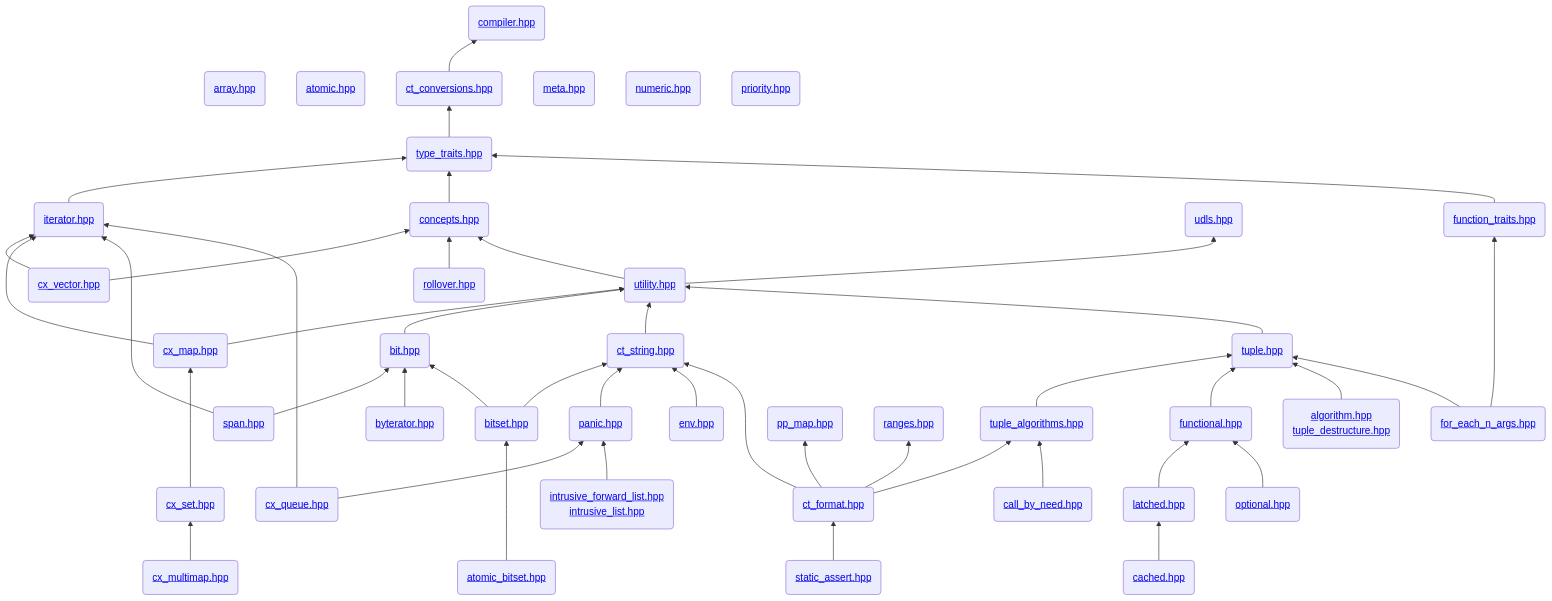
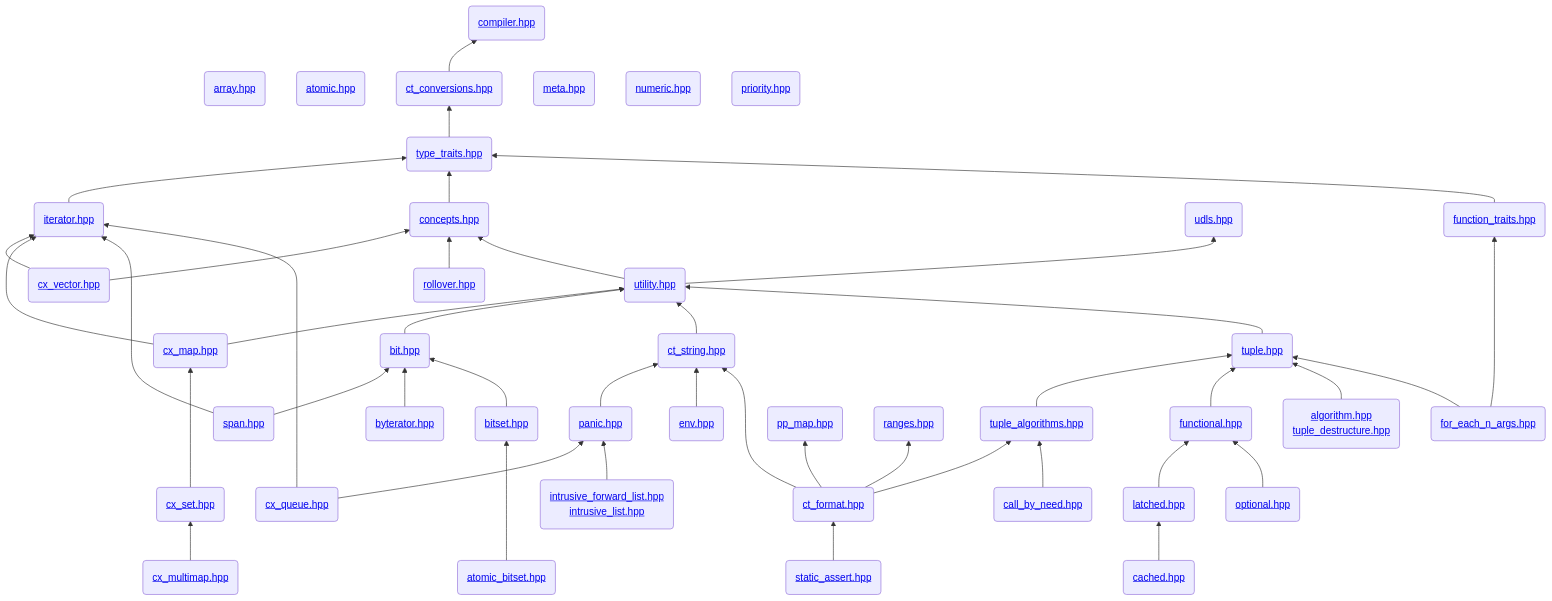
One commit to intel/cpp-std-extensions changed the diagram in docs/header_graph.mmd. Above: the diagram before and after it, drawn with Mermaid. The commit also changed 2 other files, not shown here.

Commit message:
:fire: Remove `bitset` constructor from `string_view`
Problem:
- `bitset` construction from a `string_view` uses `substr` which may throw, and
  it's a really niche use case anyway.

Solution:
- Remove it.

```diff
--- a/docs/header_graph.mmd
+++ b/docs/header_graph.mmd
@@ -1,107 +1,106 @@
 flowchart BT
   %% level 0
   compiler(<a href="https://github.com/intel/cpp-std-extensions/tree/main/include/stdx/compiler.hpp">compiler.hpp</a>)
 
   %% level 1
   array(<a href="https://github.com/intel/cpp-std-extensions/tree/main/include/stdx/array.hpp">array.hpp</a>)
   atomic(<a href="https://github.com/intel/cpp-std-extensions/tree/main/include/stdx/atomic.hpp">atomic.hpp</a>)
   ct_conversions(<a href="https://github.com/intel/cpp-std-extensions/tree/main/include/stdx/ct_conversions.hpp">ct_conversions.hpp</a>)
   meta(<a href="https://github.com/intel/cpp-std-extensions/tree/main/include/stdx/meta.hpp">meta.hpp</a>)
   numeric(<a href="https://github.com/intel/cpp-std-extensions/tree/main/include/stdx/numeric.hpp">numeric.hpp</a>)
   priority(<a href="https://github.com/intel/cpp-std-extensions/tree/main/include/stdx/priority.hpp">priority.hpp</a>)
   array ~~~ compiler
   atomic ~~~ compiler
   ct_conversions --> compiler
   meta ~~~ compiler
   numeric ~~~ compiler
   priority ~~~ compiler
 
   %% level 2
   type_traits(<a href="https://github.com/intel/cpp-std-extensions/tree/main/include/stdx/type_traits.hpp">type_traits.hpp</a>)
   type_traits --> ct_conversions
 
   %% level 3
   iterator(<a href="https://github.com/intel/cpp-std-extensions/tree/main/include/stdx/iterator.hpp">iterator.hpp</a>)
   concepts(<a href="https://github.com/intel/cpp-std-extensions/tree/main/include/stdx/concepts.hpp">concepts.hpp</a>)
   udls(<a href="https://github.com/intel/cpp-std-extensions/tree/main/include/stdx/udls.hpp">udls.hpp</a>)
   function_traits(<a href="https://github.com/intel/cpp-std-extensions/tree/main/include/stdx/function_traits.hpp">function_traits.hpp</a>)
   iterator --> type_traits
   concepts --> type_traits
   function_traits --> type_traits
 
   %% level 4
   cx_vector(<a href="https://github.com/intel/cpp-std-extensions/tree/main/include/stdx/cx_vector.hpp">cx_vector.hpp</a>)
   rollover(<a href="https://github.com/intel/cpp-std-extensions/tree/main/include/stdx/rollover.hpp">rollover.hpp</a>)
   utility(<a href="https://github.com/intel/cpp-std-extensions/tree/main/include/stdx/utility.hpp">utility.hpp</a>)
   cx_vector --> iterator
   cx_vector --> concepts
   rollover --> concepts
   utility --> concepts
   utility --> udls
 
   %% level 5
   cx_map(<a href="https://github.com/intel/cpp-std-extensions/tree/main/include/stdx/cx_map.hpp">cx_map.hpp</a>)
   bit(<a href="https://github.com/intel/cpp-std-extensions/tree/main/include/stdx/bit.hpp">bit.hpp</a>)
   ct_string(<a href="https://github.com/intel/cpp-std-extensions/tree/main/include/stdx/ct_string.hpp">ct_string.hpp</a>)
   tuple(<a href="https://github.com/intel/cpp-std-extensions/tree/main/include/stdx/tuple.hpp">tuple.hpp</a>)
   cx_map ---> iterator
   cx_map --> utility
   bit --> utility
   ct_string --> utility
   tuple --> utility
 
   %% level 6
   span(<a href="https://github.com/intel/cpp-std-extensions/tree/main/include/stdx/span.hpp">span.hpp</a>)
   byterator(<a href="https://github.com/intel/cpp-std-extensions/tree/main/include/stdx/byterator.hpp">byterator.hpp</a>)
   cx_set(<a href="https://github.com/intel/cpp-std-extensions/tree/main/include/stdx/cx_set.hpp">cx_set.hpp</a>)
   bitset(<a href="https://github.com/intel/cpp-std-extensions/tree/main/include/stdx/bitset.hpp">bitset.hpp</a>)
   panic(<a href="https://github.com/intel/cpp-std-extensions/tree/main/include/stdx/panic.hpp">panic.hpp</a>)
   env(<a href="https://github.com/intel/cpp-std-extensions/tree/main/include/stdx/env.hpp">env.hpp</a>)
   functional(<a href="https://github.com/intel/cpp-std-extensions/tree/main/include/stdx/functional.hpp">functional.hpp</a>)
   C(<a href="https://github.com/intel/cpp-std-extensions/tree/main/include/stdx/algorithm.hpp">algorithm.hpp</a><br><a href="https://github.com/intel/cpp-std-extensions/tree/main/include/stdx/tuple_destructure.hpp">tuple_destructure.hpp</a>)
   for_each_n_args(<a href="https://github.com/intel/cpp-std-extensions/tree/main/include/stdx/for_each_n_args.hpp">for_each_n_args.hpp</a>)
 
   %% level 7
   cx_multimap(<a href="https://github.com/intel/cpp-std-extensions/tree/main/include/stdx/cx_multimap.hpp">cx_multimap.hpp</a>)
   cx_queue(<a href="https://github.com/intel/cpp-std-extensions/tree/main/include/stdx/cx_queue.hpp">cx_queue.hpp</a>)
   atomic_bitset(<a href="https://github.com/intel/cpp-std-extensions/tree/main/include/stdx/atomic_bitset.hpp">atomic_bitset.hpp</a>)
   B(<a href="https://github.com/intel/cpp-std-extensions/tree/main/include/stdx/intrusive_forward_list.hpp">intrusive_forward_list.hpp<br><a href="https://github.com/intel/cpp-std-extensions/tree/main/include/stdx/intrusive_list.hpp">intrusive_list.hpp</a>)
   pp_map(<a href="https://github.com/intel/cpp-std-extensions/tree/main/include/stdx/pp_map.hpp">pp_map.hpp</a>)
   ranges(<a href="https://github.com/intel/cpp-std-extensions/tree/main/include/stdx/ranges.hpp">ranges.hpp</a>)
   tuple_algorithms(<a href="https://github.com/intel/cpp-std-extensions/tree/main/include/stdx/tuple_algorithms.hpp">tuple_algorithms.hpp</a>)
   ct_format(<a href="https://github.com/intel/cpp-std-extensions/tree/main/include/stdx/ct_format.hpp">ct_format.hpp</a>)
   call_by_need(<a href="https://github.com/intel/cpp-std-extensions/tree/main/include/stdx/call_by_need.hpp">call_by_need.hpp</a>)
   latched(<a href="https://github.com/intel/cpp-std-extensions/tree/main/include/stdx/latched.hpp">latched.hpp</a>)
   optional(<a href="https://github.com/intel/cpp-std-extensions/tree/main/include/stdx/optional.hpp">optional.hpp</a>)
 
   %% level 8
   cached(<a href="https://github.com/intel/cpp-std-extensions/tree/main/include/stdx/cached.hpp">cached.hpp</a>)
   static_assert(<a href="https://github.com/intel/cpp-std-extensions/tree/main/include/stdx/static_assert.hpp">static_assert.hpp</a>)
 
   span ----> iterator
   span --> bit
   byterator --> bit
   cx_set ---> cx_map
   bitset --> bit
-  bitset --> ct_string
   panic --> ct_string
   env --> ct_string
   tuple_algorithms --> tuple
   functional --> tuple
   C --> tuple
   for_each_n_args ----> function_traits
   for_each_n_args --> tuple
   cx_multimap --> cx_set
   cx_queue ----> iterator
   cx_queue --> panic
   atomic_bitset ---> bitset
   B --> panic
   ct_format ---> ct_string
   ct_format --> pp_map
   ct_format --> ranges
   ct_format --> tuple_algorithms
   call_by_need --> tuple_algorithms
   latched --> functional
   optional --> functional
   cached --> latched
   static_assert --> ct_format
```
